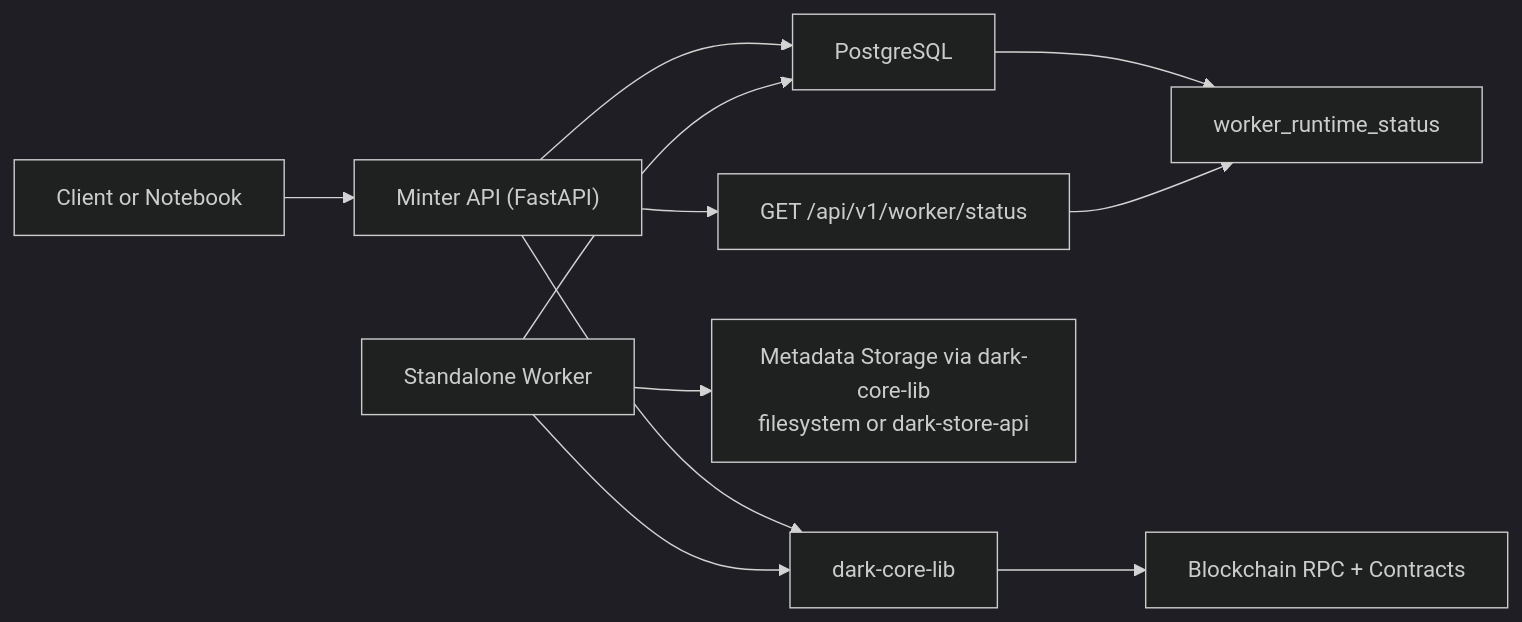
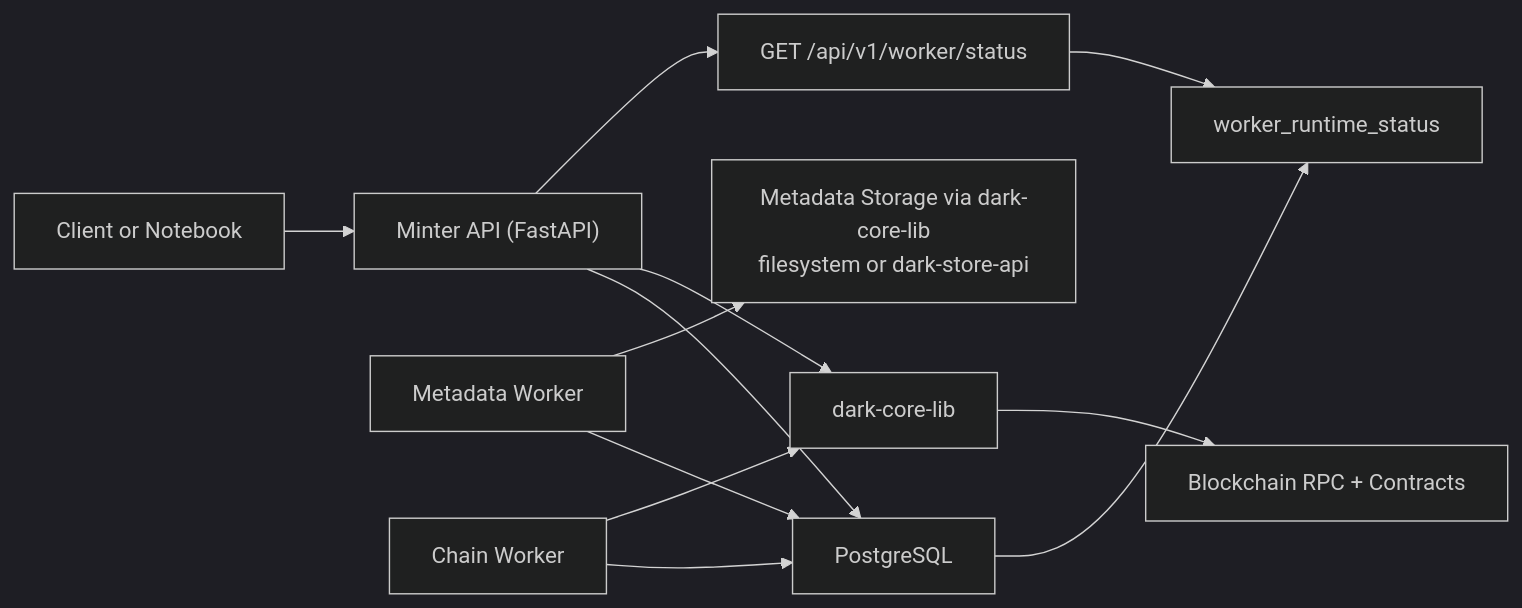
Before and after one commit to LA-Referencia-IOI/dark-core-minter-api: the first of 12 diagrams in README.md, drawn with Mermaid (dark theme). The commit also changed other lines of this file and 42 other files, not shown here.

First line of the commit message:
Split workers for metadata and chain publishing

````diff
--- a/README.md
+++ b/README.md
@@ -40,15 +41,17 @@
 ```mermaid
 flowchart LR
     C["Client or Notebook"] --> API["Minter API (FastAPI)"]
     API --> DB["PostgreSQL"]
     API --> CORE["dark-core-lib"]
     CORE --> CHAIN["Blockchain RPC + Contracts"]
 
-    W["Standalone Worker"] --> DB
-    W --> STORE["Metadata Storage via dark-core-lib\nfilesystem or dark-store-api"]
-    W --> CORE
+    MW["Metadata Worker"] --> DB
+    MW --> STORE["Metadata Storage via dark-core-lib\nfilesystem or dark-store-api"]
+
+    CW["Chain Worker"] --> DB
+    CW --> CORE
 
     DB --> HB["worker_runtime_status"]
     API --> WS["GET /api/v1/worker/status"]
     WS --> HB
 ```
````
